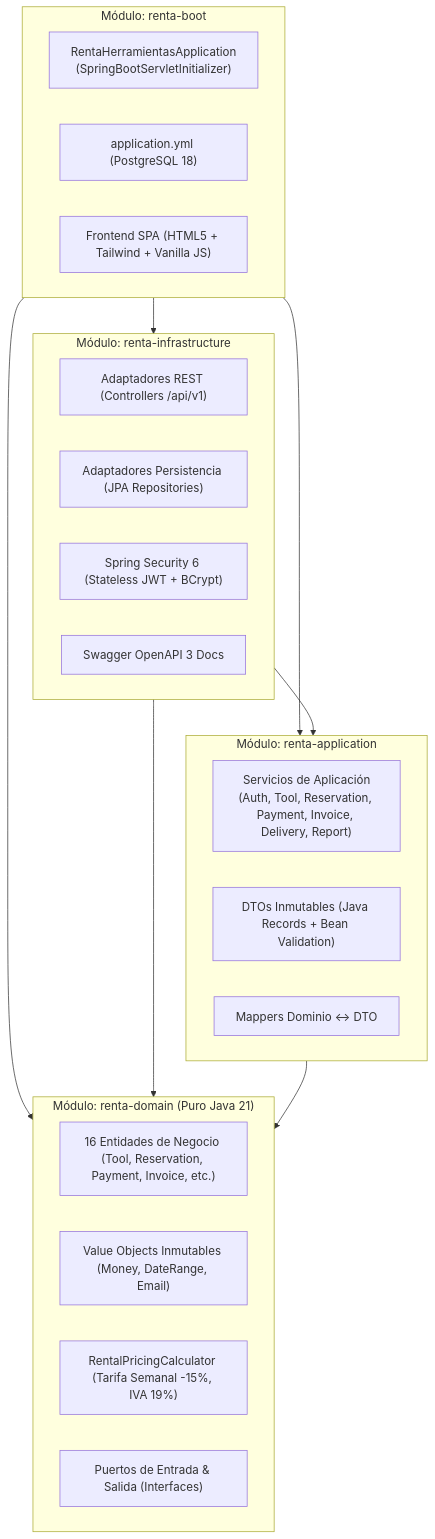
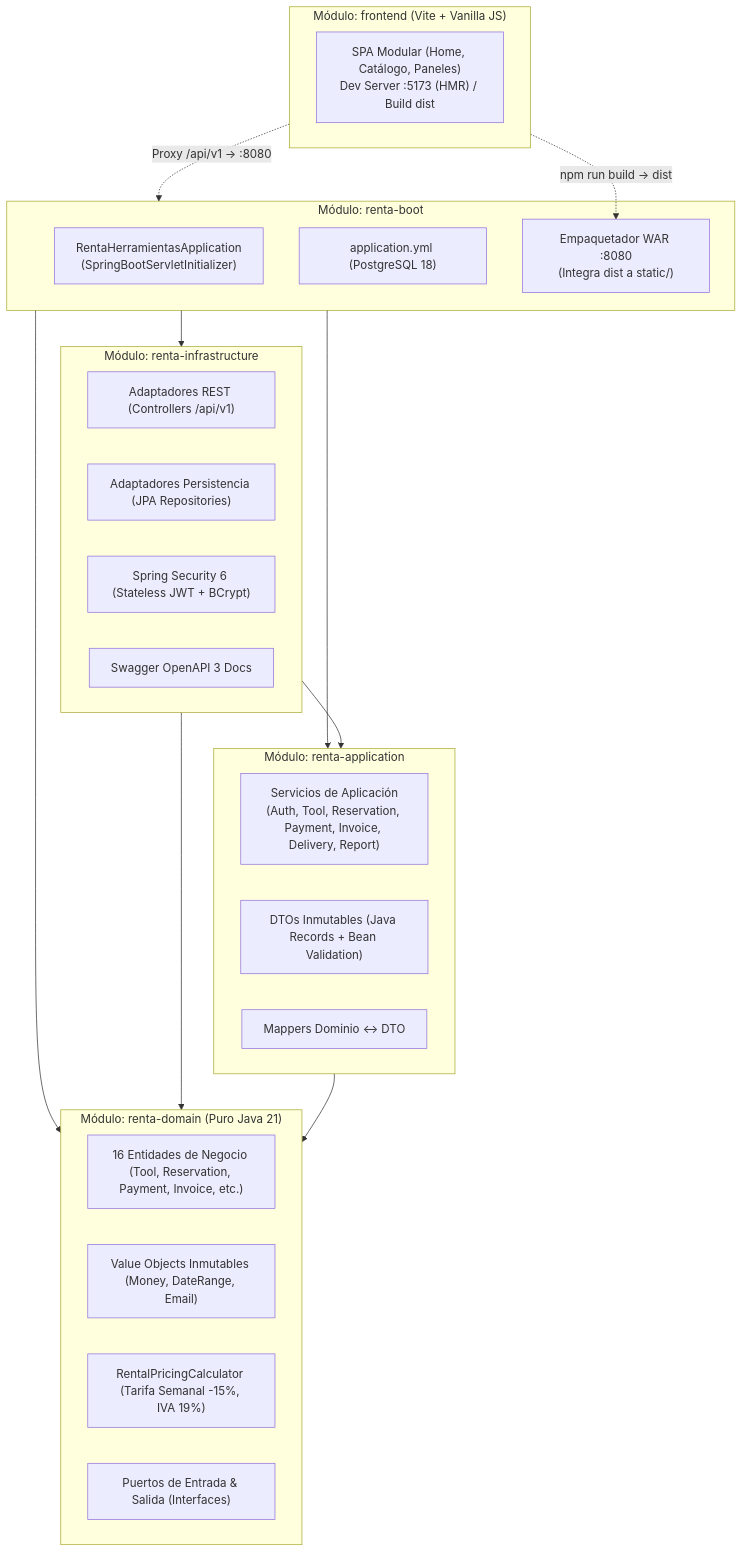
Before and after one commit to Jsebastiansalas/proyecto-springboot: the first of 2 diagrams in README.md, drawn with Mermaid. The commit also changed other lines of this file and 238 other files, not shown here.

````diff
--- a/README.md
+++ b/README.md
@@ -11,35 +11,41 @@
 ```mermaid
 flowchart TD
+    subgraph Frontend ["Módulo: frontend (Vite + Vanilla JS)"]
+        UI["SPA Modular (Home, Catálogo, Paneles)\nDev Server :5173 (HMR) / Build dist"]
+    end
+
     subgraph Boot ["Módulo: renta-boot"]
         Main["RentaHerramientasApplication\n(SpringBootServletInitializer)"]
         Yml["application.yml (PostgreSQL 18)"]
-        StaticUI["Frontend SPA (HTML5 + Tailwind + Vanilla JS)"]
+        WarPack["Empaquetador WAR :8080\n(Integra dist a static/)"]
     end
 
     subgraph Infra ["Módulo: renta-infrastructure"]
         REST["Adaptadores REST (Controllers /api/v1)"]
         JPA["Adaptadores Persistencia (JPA Repositories)"]
         Security["Spring Security 6 (Stateless JWT + BCrypt)"]
         OpenAPI["Swagger OpenAPI 3 Docs"]
     end
 
     subgraph App ["Módulo: renta-application"]
         Services["Servicios de Aplicación\n(Auth, Tool, Reservation, Payment, Invoice, Delivery, Report)"]
         DTOs["DTOs Inmutables (Java Records + Bean Validation)"]
         Mappers["Mappers Dominio <-> DTO"]
     end
 
     subgraph Domain ["Módulo: renta-domain (Puro Java 21)"]
         Entities["16 Entidades de Negocio (Tool, Reservation, Payment, Invoice, etc.)"]
         VOs["Value Objects Inmutables (Money, DateRange, Email)"]
         Calc["RentalPricingCalculator (Tarifa Semanal -15%, IVA 19%)"]
         Ports["Puertos de Entrada & Salida (Interfaces)"]
     end
 
+    Frontend -. "Proxy /api/v1 -> :8080" .-> Boot
+    Frontend -. "npm run build -> dist" .-> WarPack
     Boot --> Infra
     Boot --> App
     Boot --> Domain
     Infra --> App
     Infra --> Domain
     App --> Domain
 ```
````
